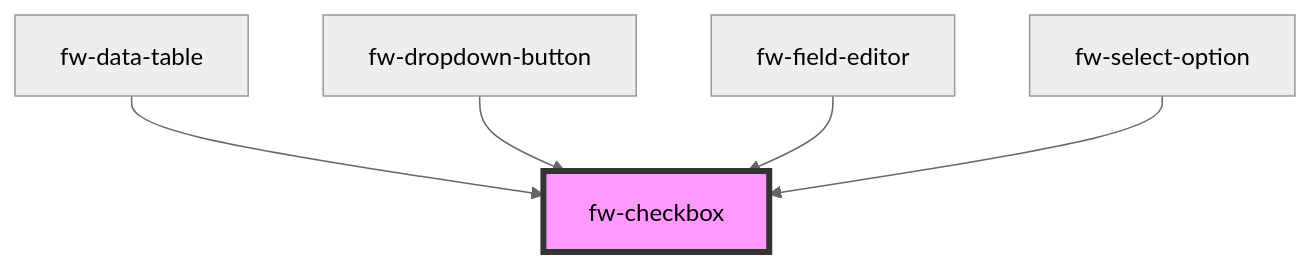
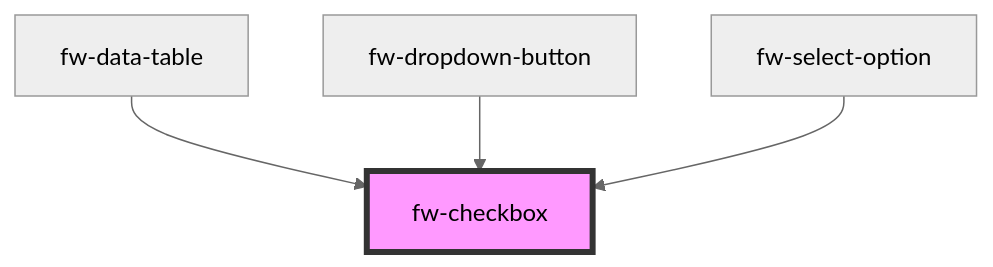
One commit to freshworks/crayons changed the diagram in packages/crayons-core/src/components/checkbox/readme.md. Above: the diagram before and after it, drawn with Mermaid (neutral theme). The commit also changed other lines of this file and 29 other files, not shown here.

````diff
--- a/packages/crayons-core/src/components/checkbox/readme.md
+++ b/packages/crayons-core/src/components/checkbox/readme.md
@@ -69,8 +68,7 @@
 ```mermaid
 graph TD;
   fw-data-table --> fw-checkbox
   fw-dropdown-button --> fw-checkbox
-  fw-field-editor --> fw-checkbox
   fw-select-option --> fw-checkbox
   style fw-checkbox fill:#f9f,stroke:#333,stroke-width:4px
 ```
````
